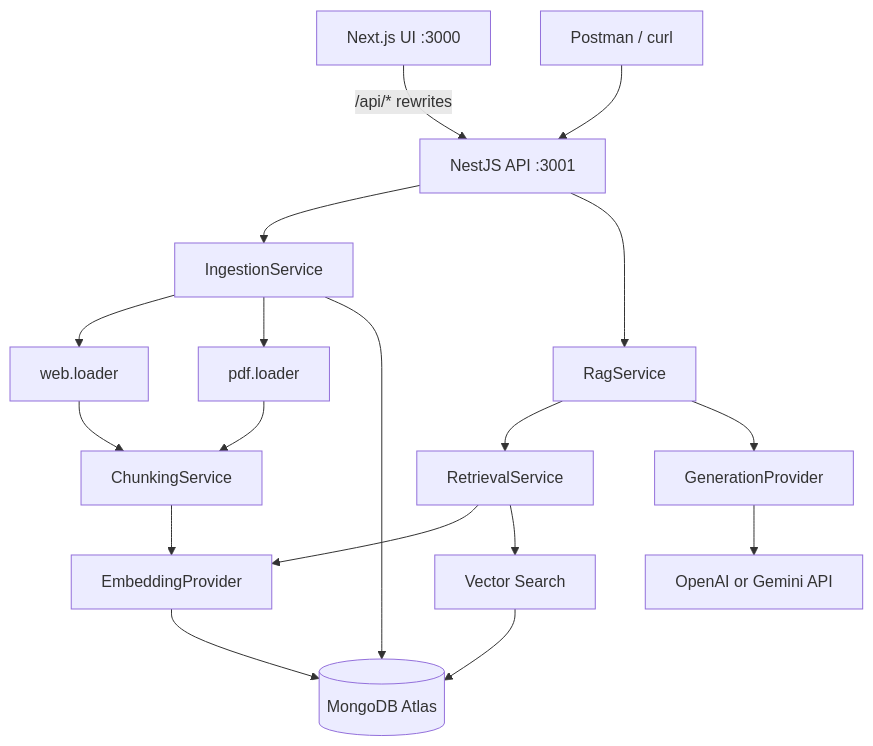
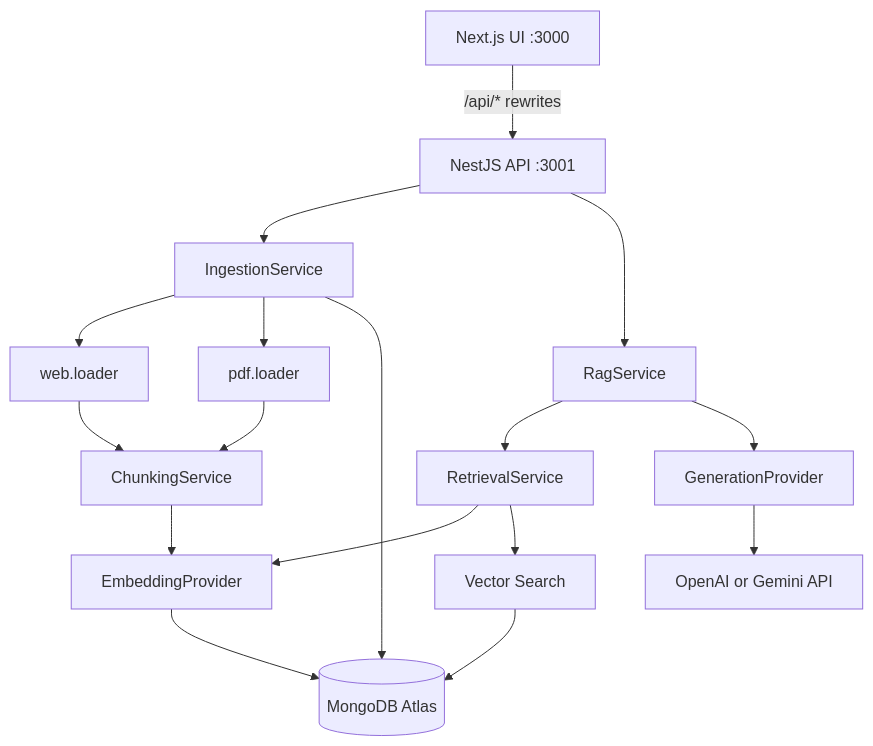
The diagram in docs/architecture.md (12dkaskar/rag-scrapper-solution), drawn with Mermaid before and after one commit.

Commit message:
Edited the arch.md diagram

````diff
--- a/docs/architecture.md
+++ b/docs/architecture.md
@@ -5,20 +5,19 @@
 ```mermaid
 flowchart TD
     Browser[Next.js UI :3000] -->|"/api/* rewrites"| Nest[NestJS API :3001]
-    Client[Postman / curl] --> Nest
     Nest --> Ingest[IngestionService]
     Nest --> Rag[RagService]
     Ingest --> Web[web.loader]
     Ingest --> Pdf[pdf.loader]
     Web --> Chunk[ChunkingService]
     Pdf --> Chunk
     Chunk --> Embed[EmbeddingProvider]
     Embed --> Atlas[(MongoDB Atlas)]
     Ingest --> Atlas
     Rag --> Retrieve[RetrievalService]
     Retrieve --> Embed
     Retrieve --> VSearch[Vector Search]
     VSearch --> Atlas
     Rag --> Gen[GenerationProvider]
     Gen --> LLM[OpenAI or Gemini API]
 ```
````
